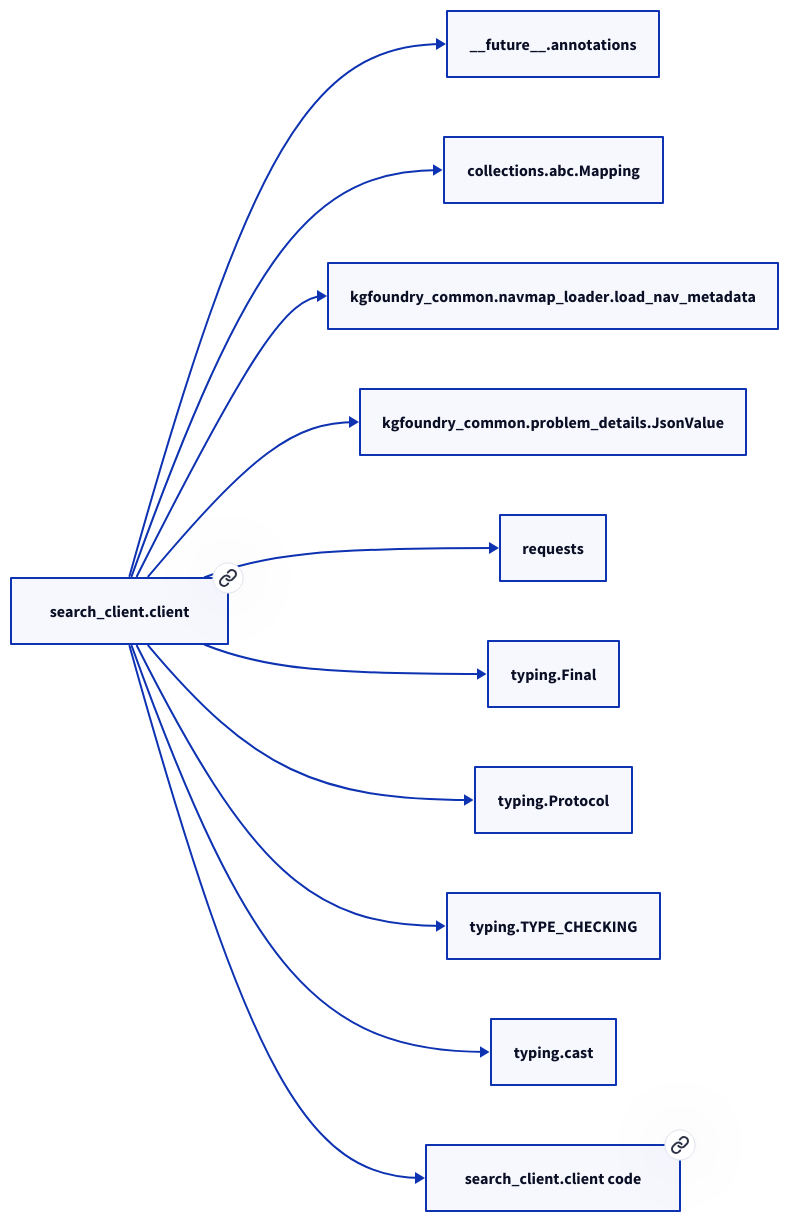
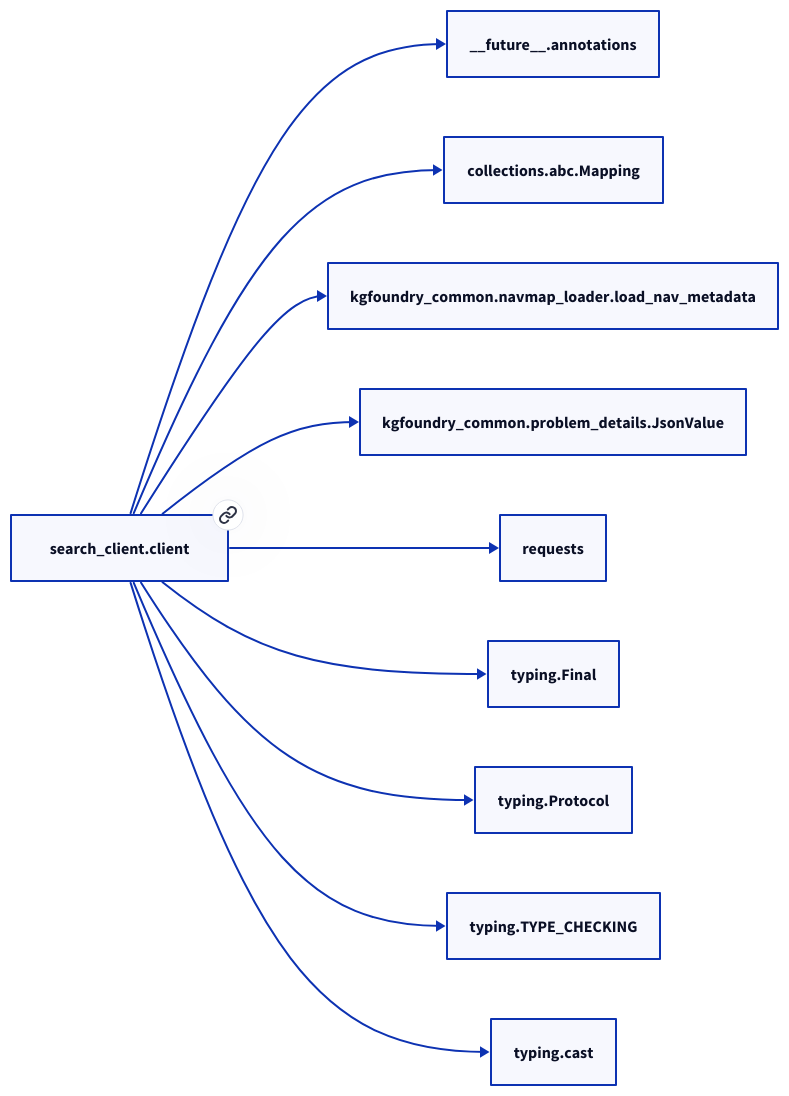
One commit to paul-heyse/kgforge changed the second of 2 diagrams in docs/modules/search_client/client.md. Above: the diagram before and after it, drawn with D2. The commit also changed other lines of this file and 118 other files, not shown here.

````diff
--- a/docs/modules/search_client/client.md
+++ b/docs/modules/search_client/client.md
@@ -62,24 +60,22 @@
 ```d2
 direction: right
-"search_client.client": "search_client.client" { link: "./search_client/client.md" }
+"search_client.client": "search_client.client" { link: "client.md" }
 "__future__.annotations": "__future__.annotations"
 "search_client.client" -> "__future__.annotations"
 "collections.abc.Mapping": "collections.abc.Mapping"
 "search_client.client" -> "collections.abc.Mapping"
 "kgfoundry_common.navmap_loader.load_nav_metadata": "kgfoundry_common.navmap_loader.load_nav_metadata"
 "search_client.client" -> "kgfoundry_common.navmap_loader.load_nav_metadata"
 "kgfoundry_common.problem_details.JsonValue": "kgfoundry_common.problem_details.JsonValue"
 "search_client.client" -> "kgfoundry_common.problem_details.JsonValue"
 "requests": "requests"
 "search_client.client" -> "requests"
 "typing.Final": "typing.Final"
 "search_client.client" -> "typing.Final"
 "typing.Protocol": "typing.Protocol"
 "search_client.client" -> "typing.Protocol"
 "typing.TYPE_CHECKING": "typing.TYPE_CHECKING"
 "search_client.client" -> "typing.TYPE_CHECKING"
 "typing.cast": "typing.cast"
 "search_client.client" -> "typing.cast"
-"search_client.client_code": "search_client.client code" { link: "https://github.com/kgfoundry/kgfoundry/blob/main/src/search_client/client.py" }
-"search_client.client" -> "search_client.client_code" { style: dashed }
 ```
````
